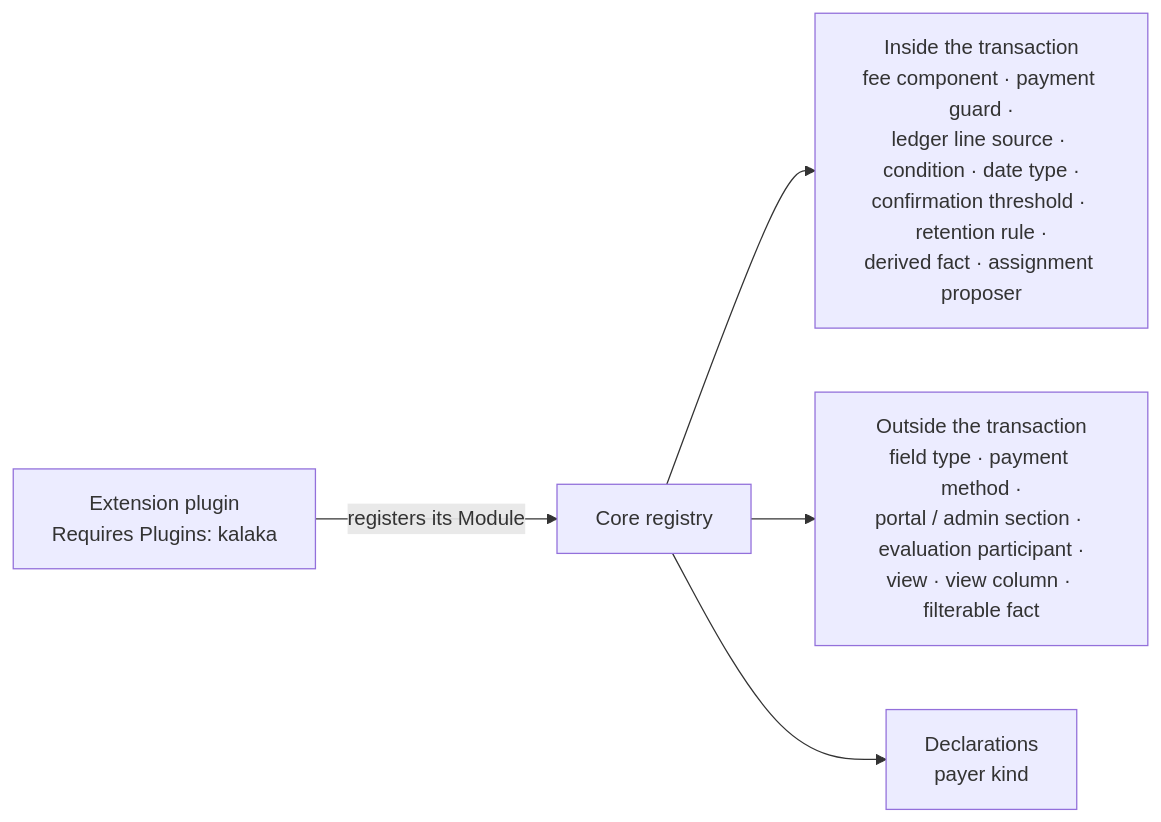
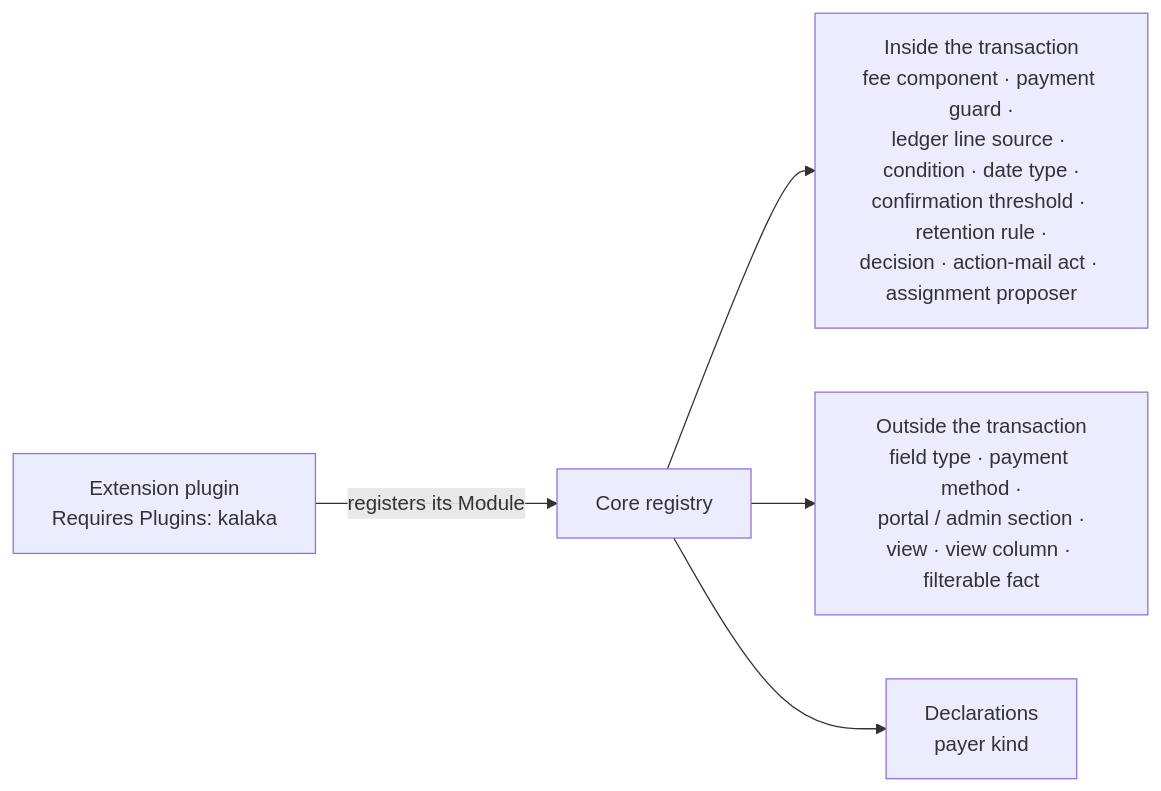
One commit to reformatus/kalaka changed the second of 2 diagrams in docs/architecture/modules-and-extensions.md. Above: the diagram before and after it, drawn with Mermaid. The commit also changed other lines of this file and 8 other files, not shown here.

First line of the commit message:
Architecture: state model, evaluation in the transaction, and owner decisions

````diff
--- a/docs/architecture/modules-and-extensions.md
+++ b/docs/architecture/modules-and-extensions.md
@@ -260,7 +272,7 @@
 ```mermaid
 flowchart LR
   EP["Extension plugin<br/>Requires Plugins: kalaka"] -->|"registers its Module"| REG["Core registry"]
-  REG --> IN["Inside the transaction<br/>fee component · payment guard ·<br/>ledger line source · condition · date type ·<br/>confirmation threshold · retention rule ·<br/>derived fact · assignment proposer"]
-  REG --> OUT["Outside the transaction<br/>field type · payment method ·<br/>portal / admin section · evaluation participant ·<br/>view · view column · filterable fact"]
+  REG --> IN["Inside the transaction<br/>fee component · payment guard ·<br/>ledger line source · condition · date type ·<br/>confirmation threshold · retention rule ·<br/>decision · action-mail act · assignment proposer"]
+  REG --> OUT["Outside the transaction<br/>field type · payment method ·<br/>portal / admin section ·<br/>view · view column · filterable fact"]
   REG --> DECL["Declarations<br/>payer kind"]
 ```
````
